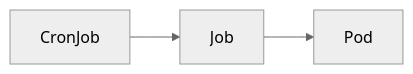
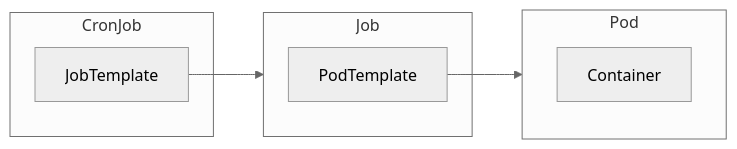
One commit to int128/cronjob-runner changed the second of 2 diagrams in README.md. Above: the diagram before and after it, drawn with Mermaid (neutral theme). The commit also changed other lines of this file, not shown here.

````diff
--- a/README.md
+++ b/README.md
@@ -92,4 +88,14 @@
 ```mermaid
 graph LR
-  CronJob --> Job --> Pod
+  subgraph CronJob
+    JobTemplate
+  end
+  JobTemplate --> Job
+  subgraph Job
+    PodTemplate
+  end
+  PodTemplate --> Pod
+  subgraph Pod
+    Container
+  end
 ```
````
